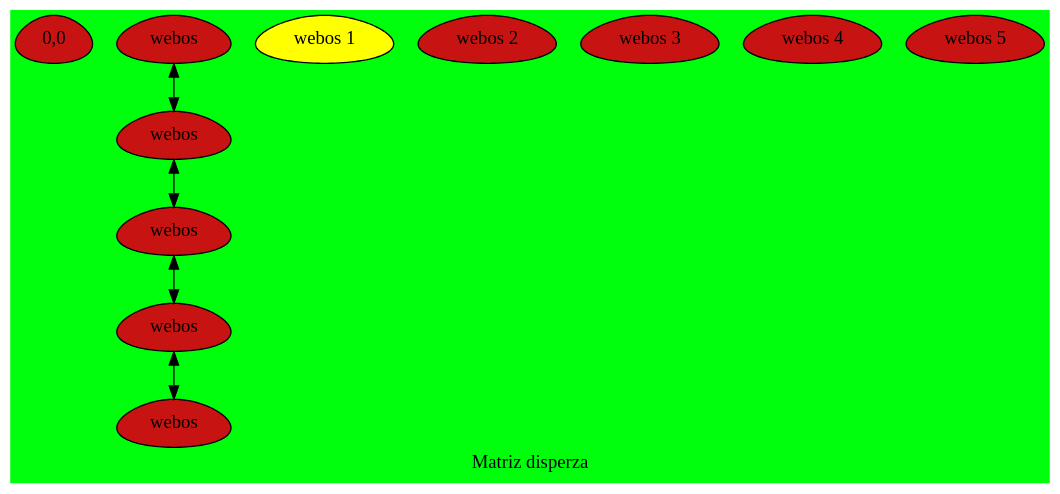
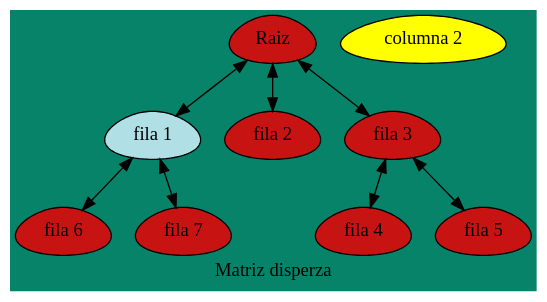
One commit to UnsisWorks/GraphGenerator changed the diagram in plantilla.dot. Above: the diagram before and after it, drawn with Graphviz. The commit also changed 3 other files, not shown here.

```diff
--- a/plantilla.dot
+++ b/plantilla.dot
@@ -1,30 +1,36 @@
 digraph L {
     node[shape = egg fillcolor = "#c81313" style = filled]
     
     label = "Matriz disperza" // Pie de grafo
-    bgcolor = "#00ff0d" // background
+    bgcolor = "#07836a" // background
     
     subgraph name {
-        raiz[label = "0,0"]
+        raiz[label = "Raiz"]
         edge[dir = "both"]
         // Crear cabezeras de las filas
-        fila1[label = "webos" group = 1]; 
-        fila2[label = "webos" group = 1]; 
-        fila3[label = "webos" group = 1]; 
-        fila4[label = "webos" group = 1]; 
-        fila5[label = "webos" group = 1];
+        fila1[label = "fila 1" group = 1, fillcolor = powderblue]; 
+        fila2[label = "fila 2" group = 1]; 
+        fila3[label = "fila 3" group = 1]; 
+        fila4[label = "fila 4" group = 1]; 
+        fila5[label = "fila 5" group = 1];
+        fila6[label = "fila 6" group = 1]; 
+        fila7[label = "fila 7" group = 1];
 
-        // Enlazamos los nodos
-        fila1 -> fila2
-        fila2 -> fila3
+        // Enlazamos los nodos 'FILA'
+        raiz -> fila1
+        raiz -> fila2
+        raiz -> fila3
         fila3 -> fila4
-        fila4 -> fila5 
+        fila3 -> fila5
+        fila1 -> fila6
+        fila1 -> fila7 
 
         // Hacemos las columnas
-        columna1[label = "webos 1", group = 2, fillcolor = yellow]
-        columna2[label = "webos 2", group = 3]
-        columna3[label = "webos 3", group = 4]
-        columna4[label = "webos 4", group = 5]
-        columna5[label = "webos 5", group = 6]
+        columna1[label = "columna 2", group = 2, fillcolor = yellow]
+        //columna2[label = "columna 2", group = 3]
+        //columna3[label = "columna 3", group = 4]
+        //columna4[label = "columna 4", group = 5]
+
+        
     }
-}
+} 
```
